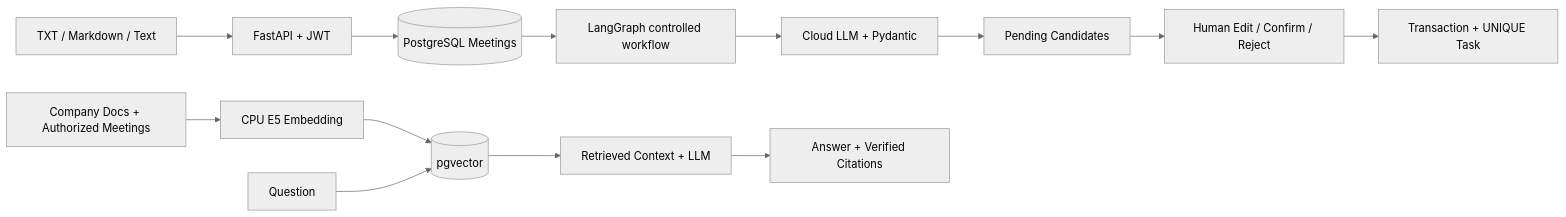
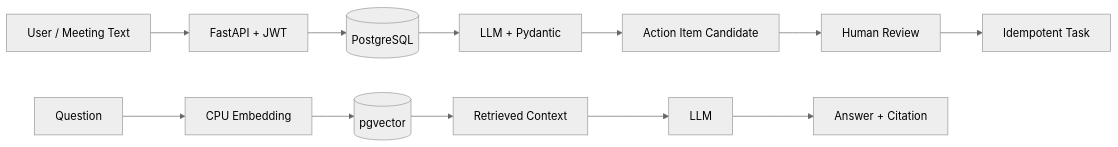
The diagram in README.md (LeoxfZhou/meeting-assistant), drawn with Mermaid (neutral theme) before and after one commit. The commit also changed other lines of this file and 21 other files, not shown here.

````diff
--- a/README.md
+++ b/README.md
@@ -9,15 +11,14 @@
 ```mermaid
 flowchart LR
-  U[TXT / Markdown / Text] --> A[FastAPI + JWT]
-  A --> M[(PostgreSQL Meetings)]
-  M --> W[LangGraph controlled workflow]
-  W --> L[Cloud LLM + Pydantic]
-  L --> C[Pending Candidates]
-  C --> H[Human Edit / Confirm / Reject]
-  H --> T[Transaction + UNIQUE Task]
-  D[Company Docs + Authorized Meetings] --> E[CPU E5 Embedding]
+  U[User / Meeting Text] --> A[FastAPI + JWT]
+  A --> D[(PostgreSQL)]
+  D --> L[LLM + Pydantic]
+  L --> C[Action Item Candidate]
+  C --> H[Human Review]
+  H --> T[Idempotent Task]
+  Q[Question] --> E[CPU Embedding]
   E --> V[(pgvector)]
-  Q[Question] --> V
-  V --> R[Retrieved Context + LLM]
-  R --> S[Answer + Verified Citations]
+  V --> R[Retrieved Context]
+  R --> G[LLM]
+  G --> S[Answer + Citation]
 ```
````
